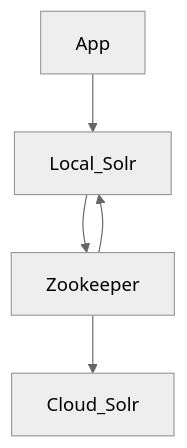
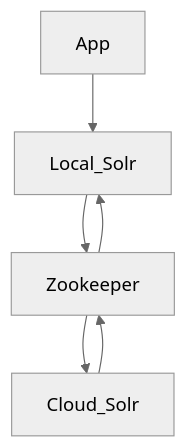
One commit to ualibraries/ual-geoblacklight changed the diagram in README.md. Above: the diagram before and after it, drawn with Mermaid (neutral theme). The commit also changed other lines of this file, not shown here.

````diff
--- a/README.md
+++ b/README.md
@@ -11,7 +11,8 @@
 ```mermaid
   graph TD;
       App-->Local_Solr;
       Local_Solr-->Zookeeper;
       Zookeeper-->Local_Solr;
       Zookeeper-->Cloud_Solr;
+      Cloud_Solr-->Zookeeper;
 ```
````
